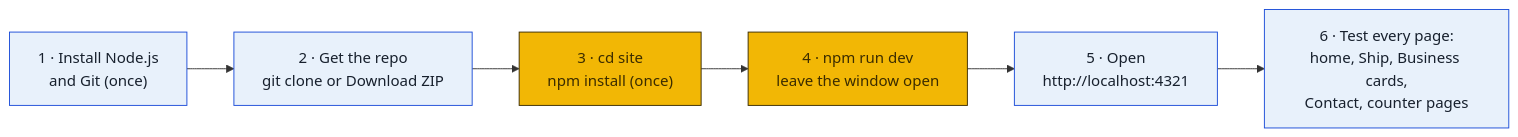
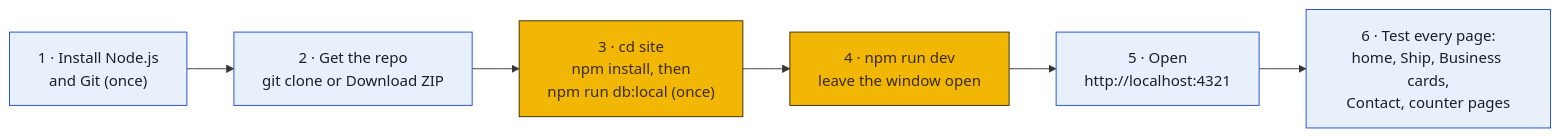
The second of 30 diagrams in README.md (wbp318/goin-postal-forsythe), drawn with Mermaid before and after one commit. The commit also changed other lines of this file and 153 other files, not shown here.

````diff
--- a/README.md
+++ b/README.md
@@ -40,11 +40,11 @@
 ```mermaid
 flowchart LR
   A["1 · Install Node.js<br/>and Git (once)"]:::you --> B["2 · Get the repo<br/>git clone or Download ZIP"]:::you
-  B --> C["3 · cd site<br/>npm install (once)"]:::local
+  B --> C["3 · cd site<br/>npm install, then<br/>npm run db:local (once)"]:::local
   C --> D["4 · npm run dev<br/>leave the window open"]:::local
   D --> E["5 · Open<br/>http://localhost:4321"]:::you
   E --> F["6 · Test every page:<br/>home, Ship, Business cards,<br/>Contact, counter pages"]:::you
   classDef local fill:#f2b705,stroke:#3b2c00,color:#3b2c00
   classDef cloud fill:#0f1d3a,stroke:#0f1d3a,color:#ffffff
   classDef you fill:#e8f1fb,stroke:#1d4ed8,color:#17202d
 ```
````
